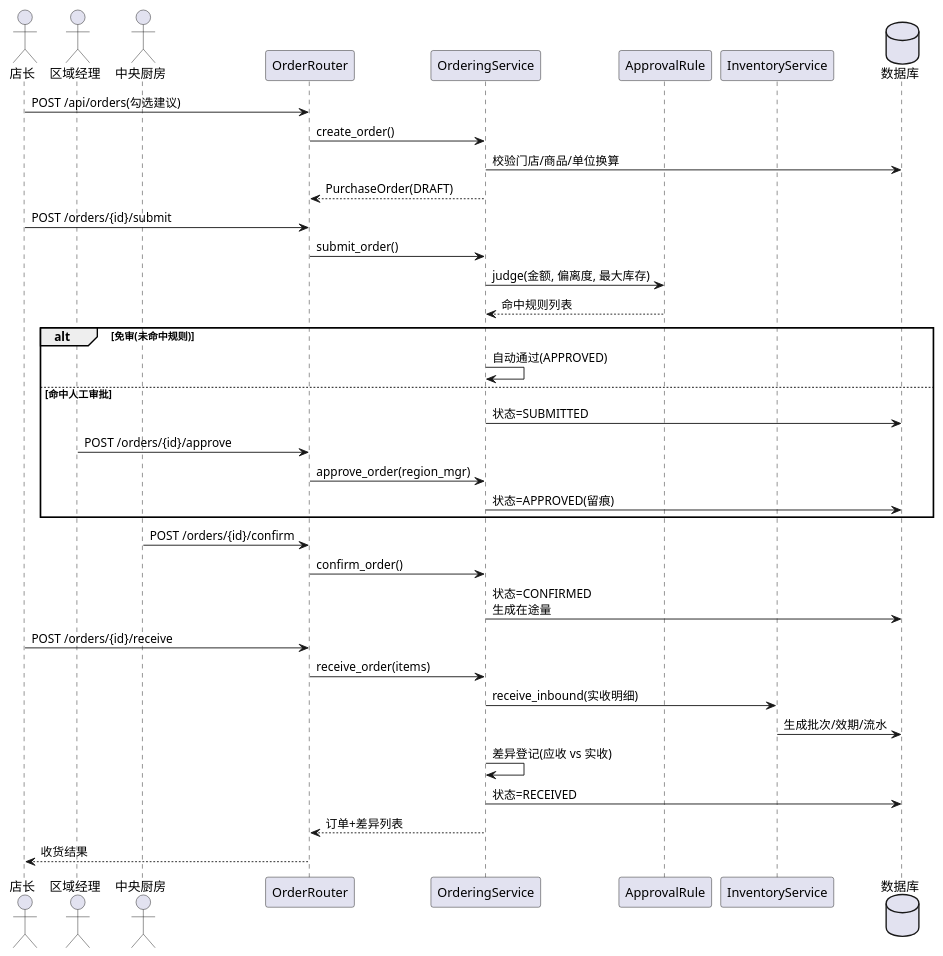
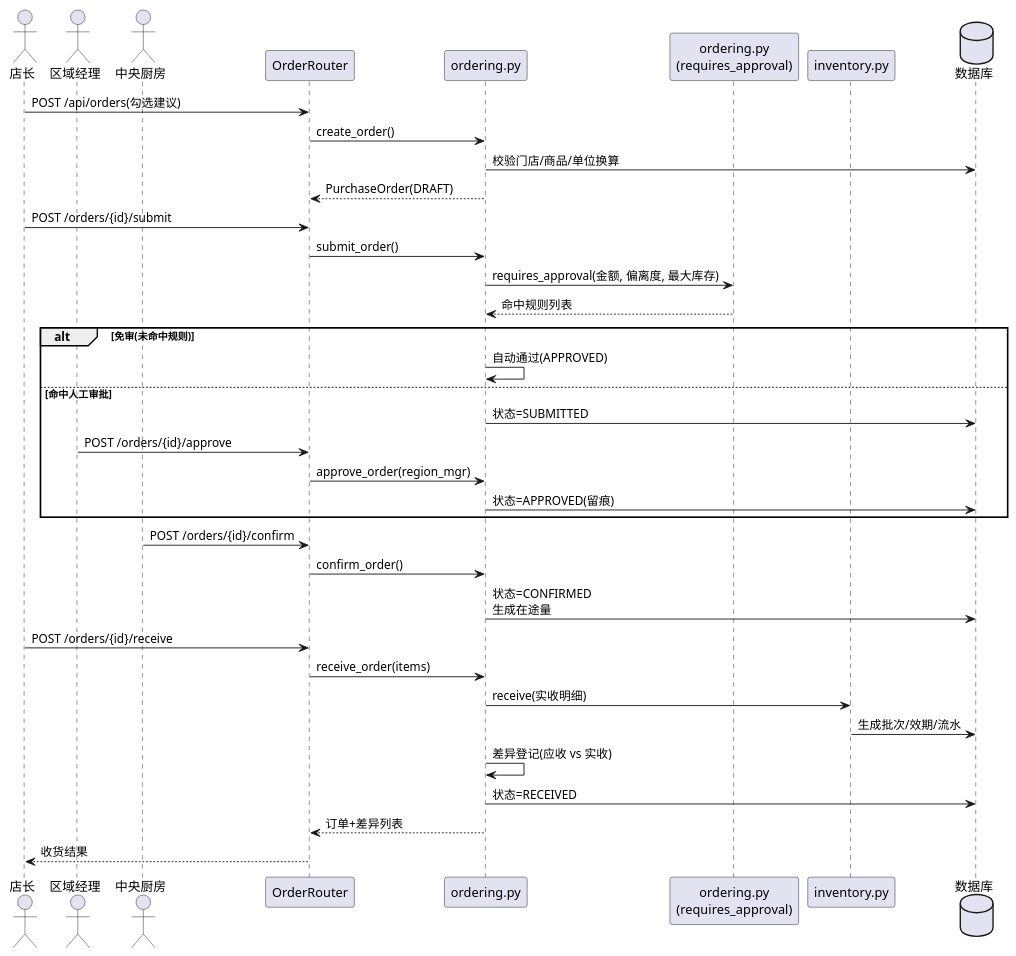
Before and after one commit to chenpingan6158-a11y/intelligent-replenishment-system: the diagram in docs/uml/11-顺序图-订货全流程.puml, drawn with PlantUML. The commit also changed 18 other files, not shown here.

Commit message:
图码一致性修正：ER图改为从模型元数据自动生成(22表)；类图/顺序图改用真实函数名；报告同步更新

```diff
--- a/docs/uml/11-顺序图-订货全流程.puml
+++ b/docs/uml/11-顺序图-订货全流程.puml
@@ -1,39 +1,39 @@
 @startuml
 skinparam backgroundColor #FFFFFF
 actor 店长 as SM
 actor 区域经理 as RM
 actor 中央厨房 as WH
 participant "OrderRouter" as RT
-participant "OrderingService" as SV
-participant "ApprovalRule" as AR
-participant "InventoryService" as INV
+participant "ordering.py" as SV
+participant "ordering.py\n(requires_approval)" as AR
+participant "inventory.py" as INV
 database "数据库" as DB
 
 SM -> RT : POST /api/orders(勾选建议)
 RT -> SV : create_order()
 SV -> DB : 校验门店/商品/单位换算
 SV --> RT : PurchaseOrder(DRAFT)
 SM -> RT : POST /orders/{id}/submit
 RT -> SV : submit_order()
-SV -> AR : judge(金额, 偏离度, 最大库存)
+SV -> AR : requires_approval(金额, 偏离度, 最大库存)
 AR --> SV : 命中规则列表
 alt 免审(未命中规则)
   SV -> SV : 自动通过(APPROVED)
 else 命中人工审批
   SV -> DB : 状态=SUBMITTED
   RM -> RT : POST /orders/{id}/approve
   RT -> SV : approve_order(region_mgr)
   SV -> DB : 状态=APPROVED(留痕)
 end
 WH -> RT : POST /orders/{id}/confirm
 RT -> SV : confirm_order()
 SV -> DB : 状态=CONFIRMED\n生成在途量
 SM -> RT : POST /orders/{id}/receive
 RT -> SV : receive_order(items)
-SV -> INV : receive_inbound(实收明细)
+SV -> INV : receive(实收明细)
 INV -> DB : 生成批次/效期/流水
 SV -> SV : 差异登记(应收 vs 实收)
 SV -> DB : 状态=RECEIVED
 SV --> RT : 订单+差异列表
 RT --> SM : 收货结果
 @enduml
```
